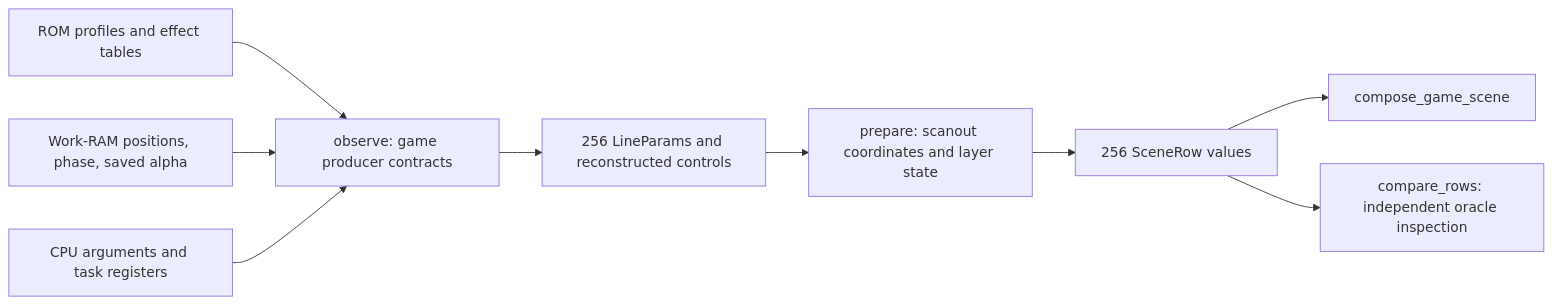
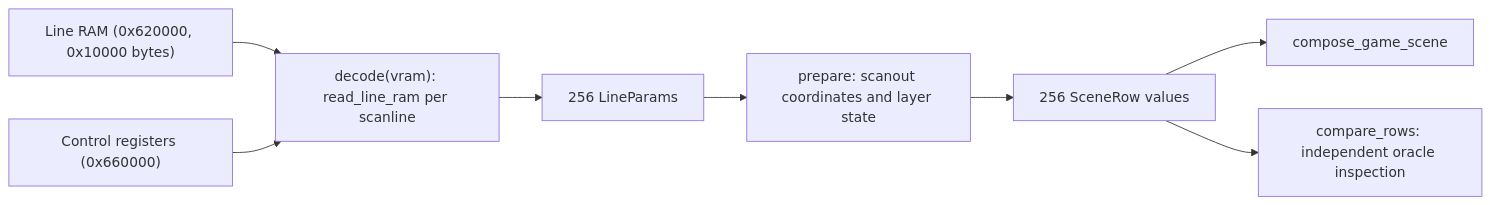
The diagram in docs/site/developer/runtime/video/lines.md (ansxor/f3-recomp), drawn with Mermaid before and after one commit. The commit also changed other lines of this file and 73 other files, not shown here.

Commit message:
Rework game video HLE: generic/log/decode modules, scene/sprite/tile/text/line updates, docs refresh

````diff
--- a/docs/site/developer/runtime/video/lines.md
+++ b/docs/site/developer/runtime/video/lines.md
@@ -13,11 +15,10 @@
 ```mermaid
 flowchart LR
-    ROM["ROM profiles and effect tables"] --> O["observe: game producer contracts"]
-    RAM["Work-RAM positions, phase, saved alpha"] --> O
-    CPU["CPU arguments and task registers"] --> O
-    O --> L["256 LineParams and reconstructed controls"]
+    LR["Line RAM (0x620000, 0x10000 bytes)"] --> O["decode(vram): read_line_ram per scanline"]
+    CT["Control registers (0x660000)"] --> O
+    O --> L["256 LineParams"]
     L --> P["prepare: scanout coordinates and layer state"]
     P --> R["256 SceneRow values"]
     R --> C["compose_game_scene"]
     R --> D["compare_rows: independent oracle inspection"]
 ```
````
